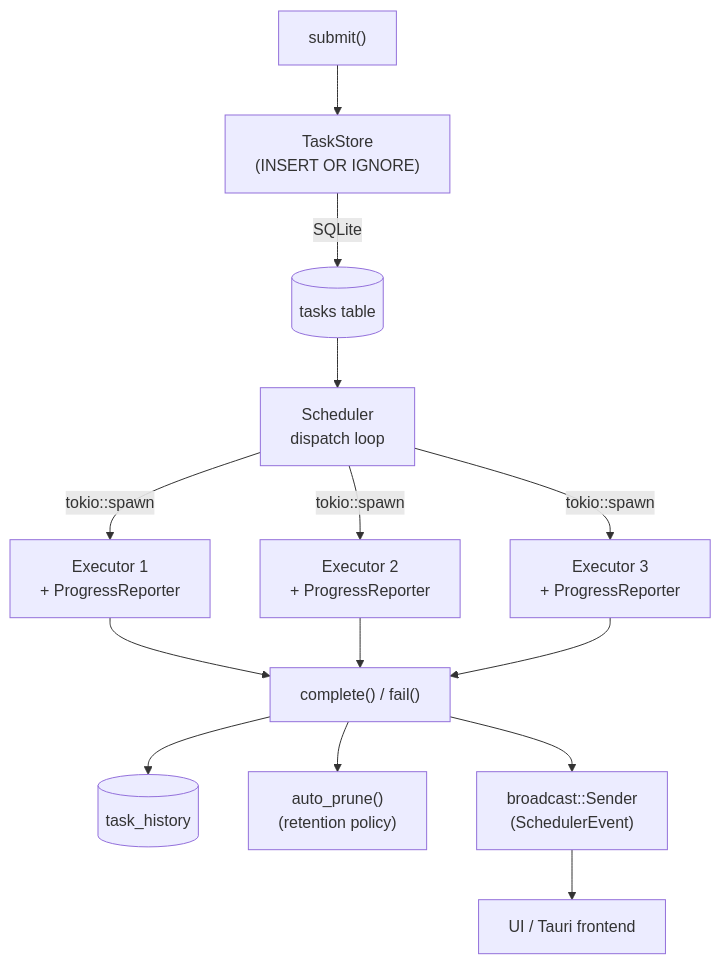
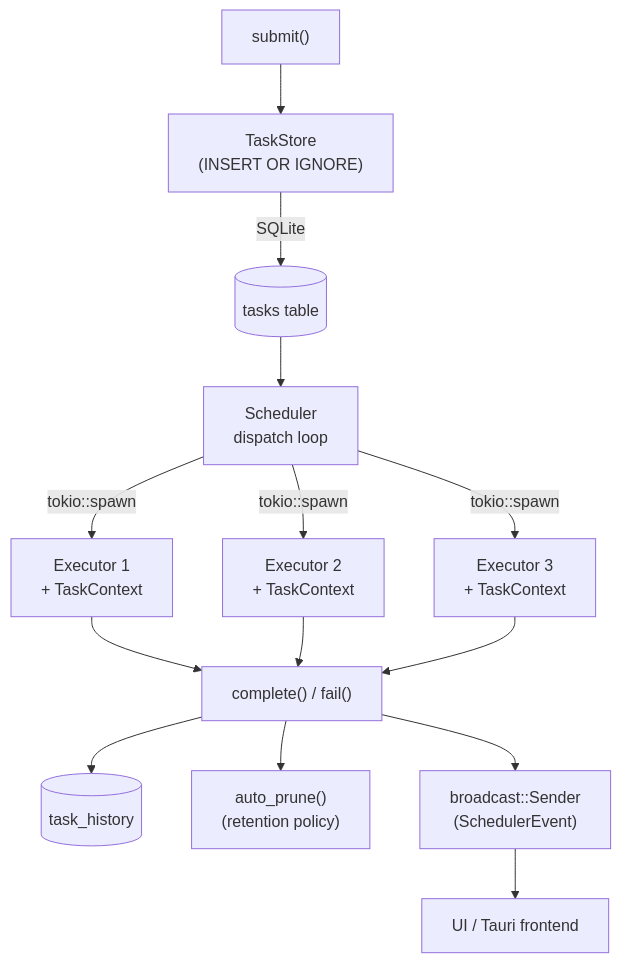
One commit to deepjoy/shoebox changed the first of 5 diagrams in crates/taskmill/ARCHITECTURE.md. Above: the diagram before and after it, drawn with Mermaid. The commit also changed other lines of this file and 4 other files, not shown here.

First line of the commit message:
feat(taskmill): introduce TaskContext to pass ProgressReporter to executors

````diff
--- a/crates/taskmill/ARCHITECTURE.md
+++ b/crates/taskmill/ARCHITECTURE.md
@@ -30,16 +30,16 @@
 ```mermaid
 flowchart TD
     S["submit()"] --> TS["TaskStore\n(INSERT OR IGNORE)"]
     TS --> |SQLite| DB[(tasks table)]
     DB --> SCH["Scheduler\ndispatch loop"]
-    SCH --> |"tokio::spawn"| E1["Executor 1\n+ ProgressReporter"]
-    SCH --> |"tokio::spawn"| E2["Executor 2\n+ ProgressReporter"]
-    SCH --> |"tokio::spawn"| E3["Executor 3\n+ ProgressReporter"]
+    SCH --> |"tokio::spawn"| E1["Executor 1\n+ TaskContext"]
+    SCH --> |"tokio::spawn"| E2["Executor 2\n+ TaskContext"]
+    SCH --> |"tokio::spawn"| E3["Executor 3\n+ TaskContext"]
     E1 --> CF["complete() / fail()"]
     E2 --> CF
     E3 --> CF
     CF --> HIST[(task_history)]
     CF --> PRUNE["auto_prune()\n(retention policy)"]
     CF --> EVT["broadcast::Sender\n(SchedulerEvent)"]
     EVT --> UI["UI / Tauri frontend"]
 ```
````
